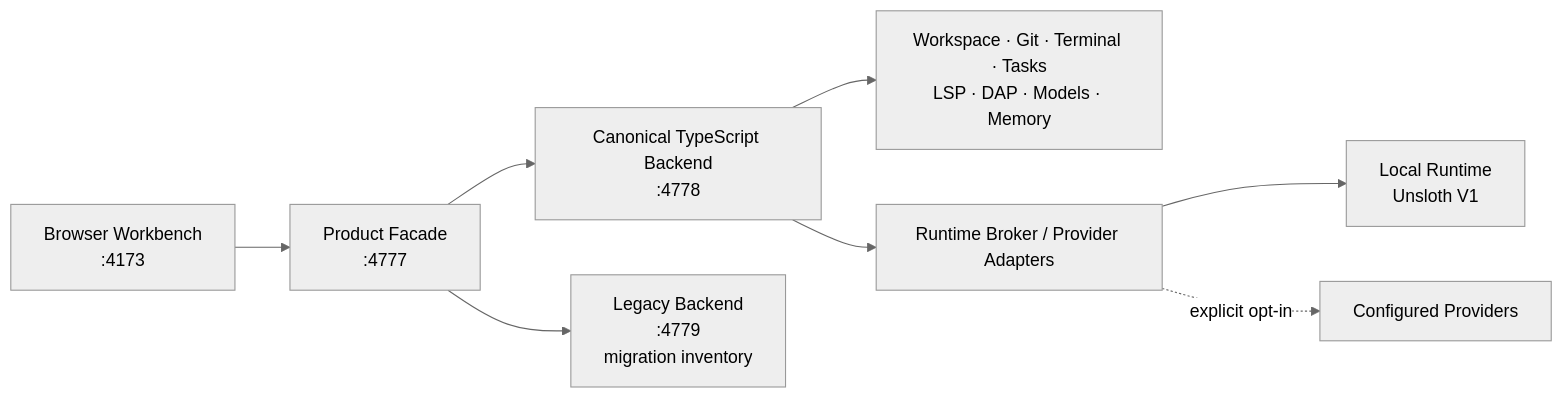
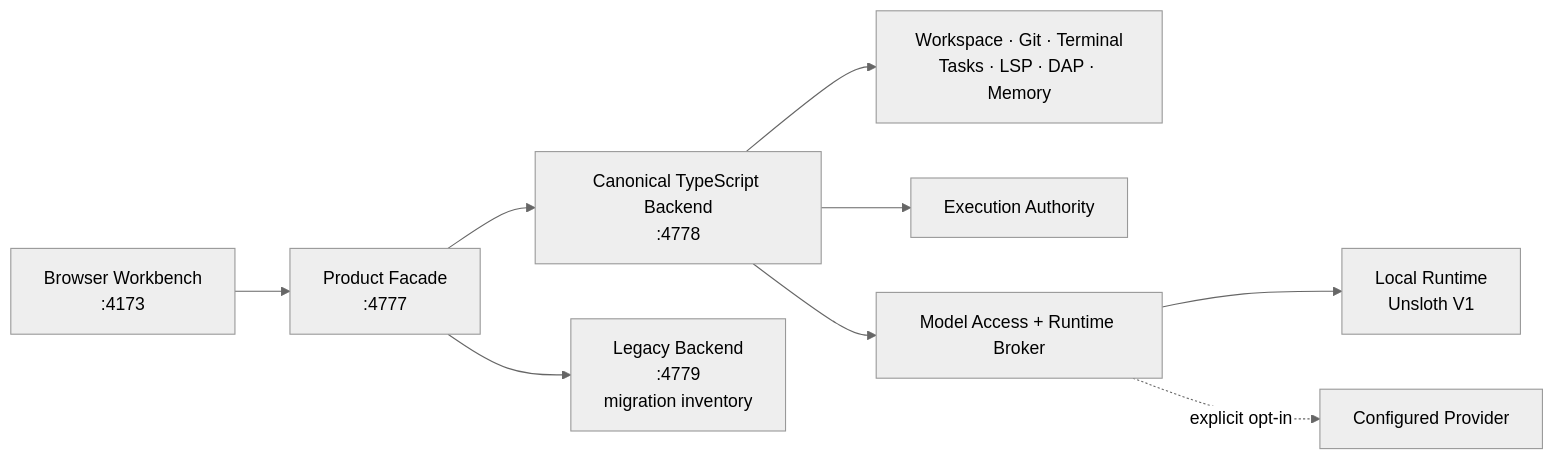
One commit to AnonymousNomad/covert-coder changed the diagram in README.md. Above: the diagram before and after it, drawn with Mermaid (neutral theme). The commit also changed other lines of this file, not shown here.

Commit message:
docs: reconcile beta README with verified runtime and release state

````diff
--- a/README.md
+++ b/README.md
@@ -69,10 +84,11 @@
 ```mermaid
 flowchart LR
   UI["Browser Workbench<br/>:4173"] --> EDGE["Product Facade<br/>:4777"]
   EDGE --> TS["Canonical TypeScript Backend<br/>:4778"]
   EDGE --> LEGACY["Legacy Backend<br/>:4779<br/>migration inventory"]
-  TS --> CAP["Workspace · Git · Terminal · Tasks<br/>LSP · DAP · Models · Memory"]
-  TS --> BROKER["Runtime Broker / Provider Adapters"]
-  BROKER --> LOCAL["Local Runtime<br/>Unsloth V1"]
-  BROKER -. "explicit opt-in" .-> REMOTE["Configured Providers"]
+  TS --> CAP["Workspace · Git · Terminal<br/>Tasks · LSP · DAP · Memory"]
+  TS --> AUTH["Execution Authority"]
+  TS --> MODEL["Model Access + Runtime Broker"]
+  MODEL --> LOCAL["Local Runtime<br/>Unsloth V1"]
+  MODEL -. "explicit opt-in" .-> CLOUD["Configured Provider"]
 ```
````
